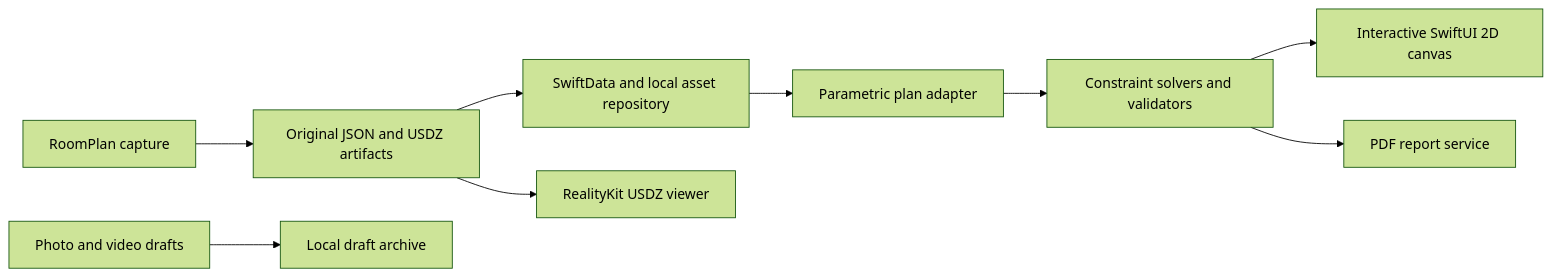
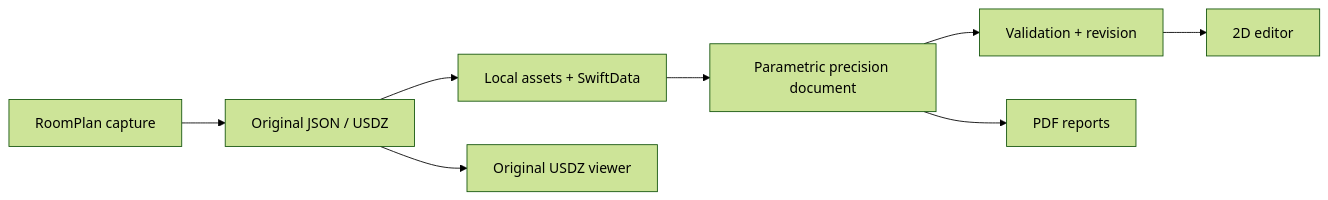
The diagram in README.md (tasvirlab/iHomeScan), drawn with Mermaid (forest theme) before and after one commit. The commit also changed other lines of this file, not shown here.

````diff
--- a/README.md
+++ b/README.md
@@ -52,11 +46,10 @@
 ```mermaid
 flowchart LR
-    Capture[RoomPlan capture] --> Artifacts[Original JSON and USDZ artifacts]
-    Artifacts --> Store[SwiftData and local asset repository]
-    Store --> Adapter[Parametric plan adapter]
-    Adapter --> Geometry[Constraint solvers and validators]
-    Geometry --> Canvas[Interactive SwiftUI 2D canvas]
-    Artifacts --> Viewer[RealityKit USDZ viewer]
-    Geometry --> PDF[PDF report service]
-    Photos[Photo and video drafts] --> DraftStore[Local draft archive]
+    Scan[RoomPlan capture] --> Source[Original JSON / USDZ]
+    Source --> Store[Local assets + SwiftData]
+    Store --> Plan[Parametric precision document]
+    Plan --> Solver[Validation + revision]
+    Solver --> Editor[2D editor]
+    Plan --> Report[PDF reports]
+    Source --> Viewer[Original USDZ viewer]
 ```
````
